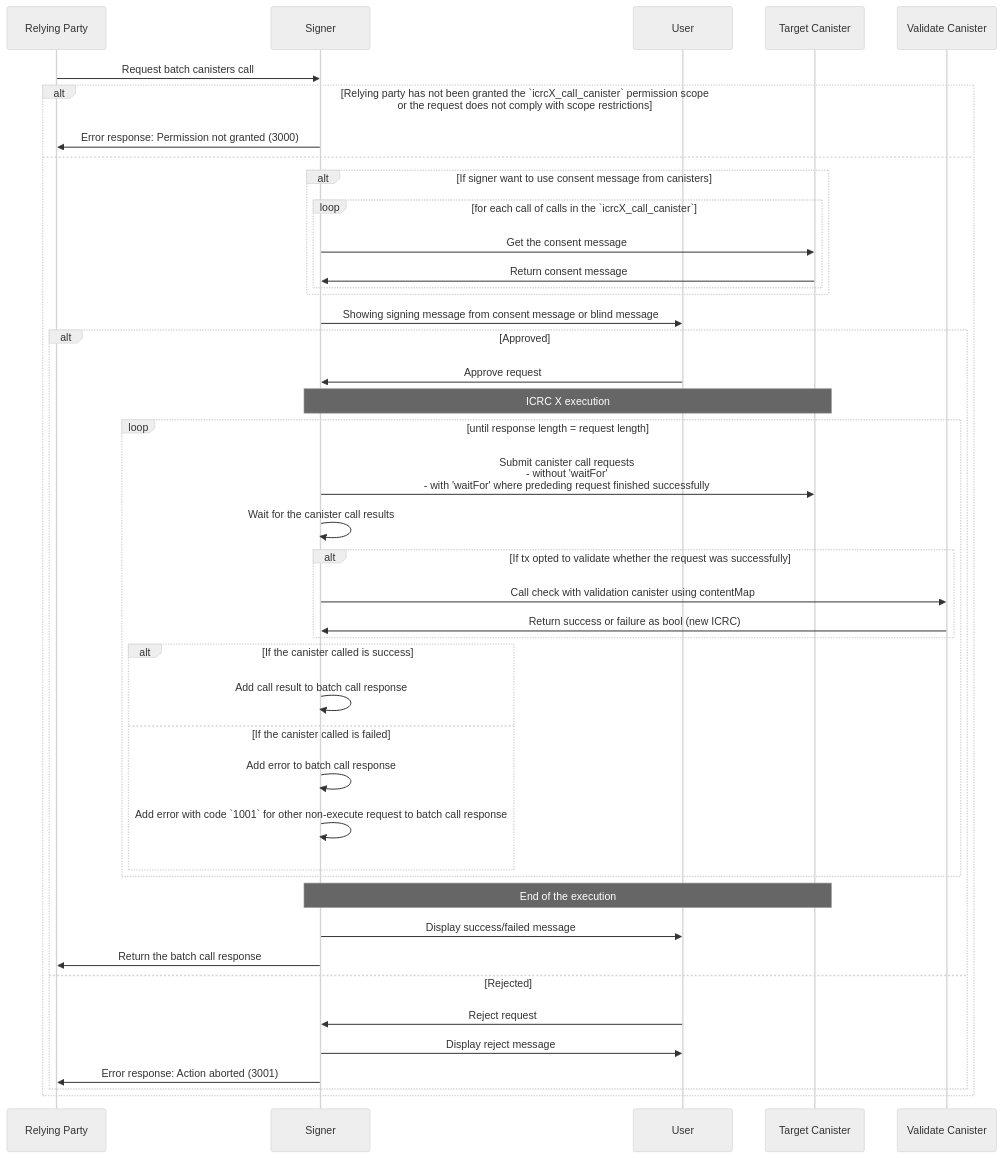
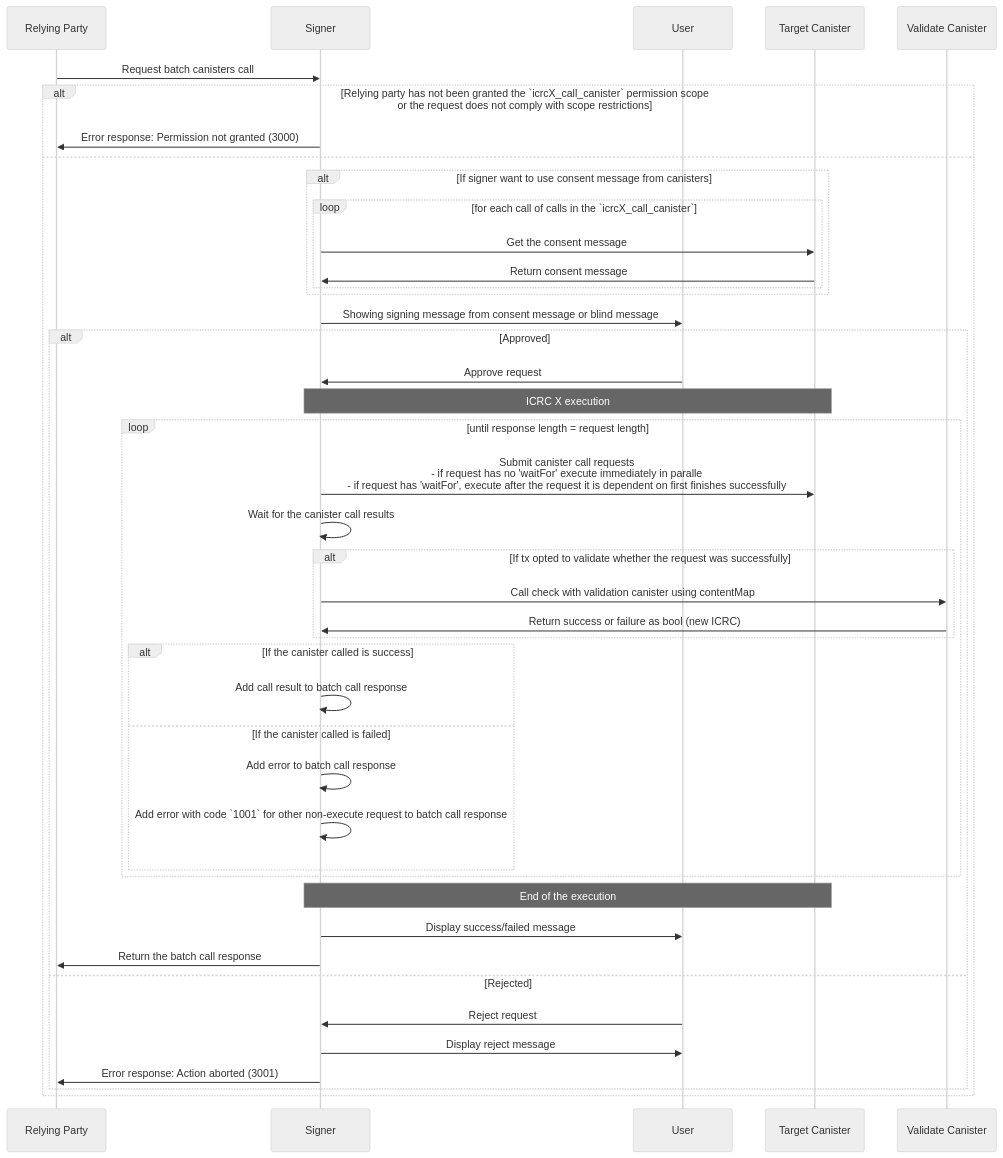
The diagram in topics/icrc_X_multiple_canister_call.md (dfinity/wg-identity-authentication), drawn with Mermaid (neutral theme) before and after one commit.

````diff
--- a/topics/icrc_X_multiple_canister_call.md
+++ b/topics/icrc_X_multiple_canister_call.md
@@ -91,57 +91,57 @@
 ```mermaid
 sequenceDiagram
     participant RP as Relying Party
     participant S as Signer
     participant U as User
     participant C as Target Canister
     participant VC as Validate Canister
 
     RP ->> S: Request batch canisters call
     alt Relying party has not been granted the `icrcX_call_canister` permission scope<br>or the request does not comply with scope restrictions
         S ->> RP: Error response: Permission not granted (3000)
     else
 
         alt If signer want to use consent message from canisters
             loop for each call of calls in the `icrcX_call_canister`
                 S ->> C: Get the consent message
                 C ->> S: Return consent message
             end
         end
 
         S ->> U: Showing signing message from consent message or blind message
 
 
         alt Approved
             U ->> S: Approve request
             Note over S,C: ICRC X execution
 
             loop until response length = request length
-                S ->> C: Submit canister call requests <br /> - without 'waitFor' <br /> - with 'waitFor' where prededing request finished successfully
+                S ->> C: Submit canister call requests <br /> - if request has no 'waitFor' execute immediately in paralle <br /> - if request has 'waitFor', execute after the request it is dependent on first finishes successfully
                 S ->> S: Wait for the canister call results
 
 
                 alt If tx opted to validate whether the request was successfully
                     S ->> VC: Call check with validation canister using contentMap
                     VC ->> S: Return success or failure as bool (new ICRC)
                 end
 
                 alt If the canister called is success
                     S ->> S: Add call result to batch call response
                 else If the canister called is failed
                     S ->> S: Add error to batch call response
                     S ->> S: Add error with code `1001` for other non-execute request to batch call response
                 end
             end
 
             Note over S,C: End of the execution
 
         S ->> U: Display success/failed message
         S ->> RP: Return the batch call response
 
         else Rejected
             U ->> S: Reject request
             S ->> U: Display reject message
             S ->> RP: Error response: Action aborted (3001)
         end
     end
 ```
````
